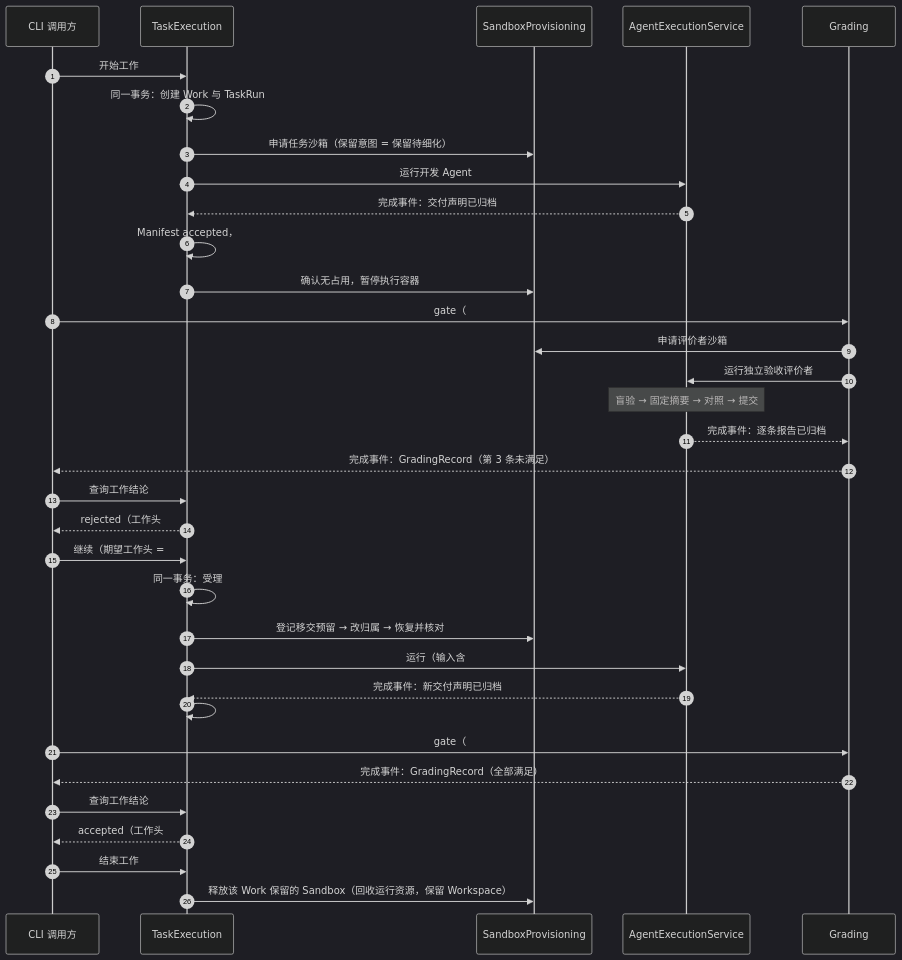
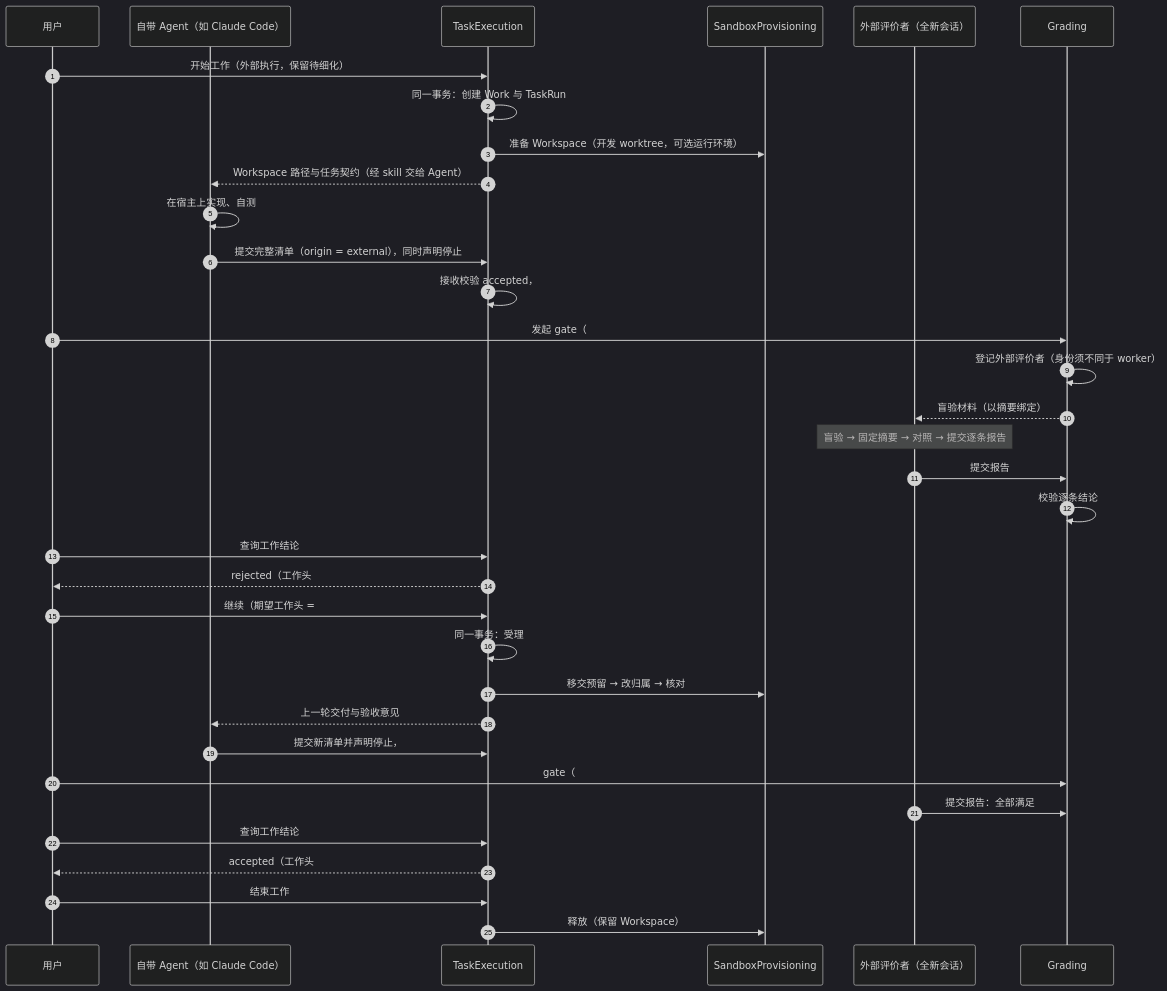
Before and after one commit to MaybeLL/Ground: the diagram in docs/assets/model-seq-dev.mmd, drawn with Mermaid (dark theme). The commit also changed 11 other files, not shown here.

```diff
--- a/docs/assets/model-seq-dev.mmd
+++ b/docs/assets/model-seq-dev.mmd
@@ -1,34 +1,34 @@
 sequenceDiagram
   autonumber
-  participant U as CLI 调用方
+  participant U as 用户
+  participant A as 自带 Agent（如 Claude Code）
   participant TE as TaskExecution
   participant SB as SandboxProvisioning
-  participant AE as AgentExecutionService
+  participant V as 外部评价者（全新会话）
   participant GR as Grading
-  U->>TE: 开始工作
-  TE->>TE: 同一事务：创建 Work 与 TaskRun #1，工作头 = #1
-  TE->>SB: 申请任务沙箱（保留意图 = 保留待细化）
-  TE->>AE: 运行开发 Agent
-  AE-->>TE: 完成事件：交付声明已归档
-  TE->>TE: Manifest accepted，#1 已交付
-  TE->>SB: 确认无占用，暂停执行容器
-  U->>GR: gate（#1 的绑定）
-  GR->>SB: 申请评价者沙箱
-  GR->>AE: 运行独立验收评价者
-  Note over AE: 盲验 → 固定摘要 → 对照 → 提交
-  AE-->>GR: 完成事件：逐条报告已归档
-  GR-->>U: 完成事件：GradingRecord（第 3 条未满足）
+  U->>TE: 开始工作（外部执行，保留待细化）
+  TE->>TE: 同一事务：创建 Work 与 TaskRun #1，登记外部执行者
+  TE->>SB: 准备 Workspace（开发 worktree，可选运行环境）
+  TE-->>A: Workspace 路径与任务契约（经 skill 交给 Agent）
+  A->>A: 在宿主上实现、自测
+  A->>TE: 提交完整清单（origin = external），同时声明停止
+  TE->>TE: 接收校验 accepted，#1 已交付
+  U->>GR: 发起 gate（#1 的绑定）
+  GR->>GR: 登记外部评价者（身份须不同于 worker）
+  GR-->>V: 盲验材料（以摘要绑定）
+  Note over V: 盲验 → 固定摘要 → 对照 → 提交逐条报告
+  V->>GR: 提交报告
+  GR->>GR: 校验逐条结论
   U->>TE: 查询工作结论
-  TE-->>U: rejected（工作头 #1）
-  U->>TE: 继续（期望工作头 = #1）
+  TE-->>U: rejected（工作头 #1，第 3 条未满足）
+  U->>TE: 继续（期望工作头 = #1），外部执行
   TE->>TE: 同一事务：受理 #2 refines #1，工作头 = #2
-  TE->>SB: 登记移交预留 → 改归属 → 恢复并核对
-  TE->>AE: 运行（输入含 #1 的交付与验收意见）
-  AE-->>TE: 完成事件：新交付声明已归档
-  TE->>TE: #2 已交付
-  U->>GR: gate（#2 的绑定，全部重验）
-  GR-->>U: 完成事件：GradingRecord（全部满足）
+  TE->>SB: 移交预留 → 改归属 → 核对
+  TE-->>A: 上一轮交付与验收意见
+  A->>TE: 提交新清单并声明停止，#2 已交付
+  U->>GR: gate（#2，全部重验）
+  V->>GR: 提交报告：全部满足
   U->>TE: 查询工作结论
   TE-->>U: accepted（工作头 #2）
   U->>TE: 结束工作
-  TE->>SB: 释放该 Work 保留的 Sandbox（回收运行资源，保留 Workspace）
+  TE->>SB: 释放（保留 Workspace）
```
